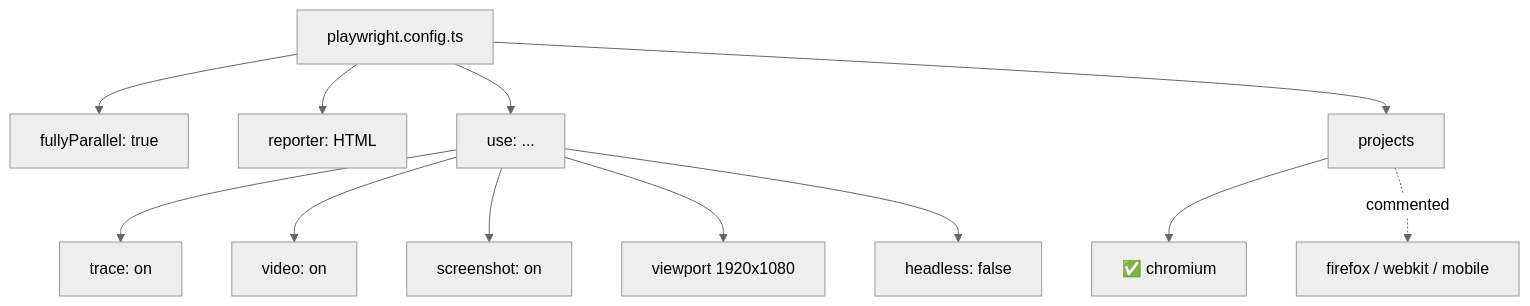
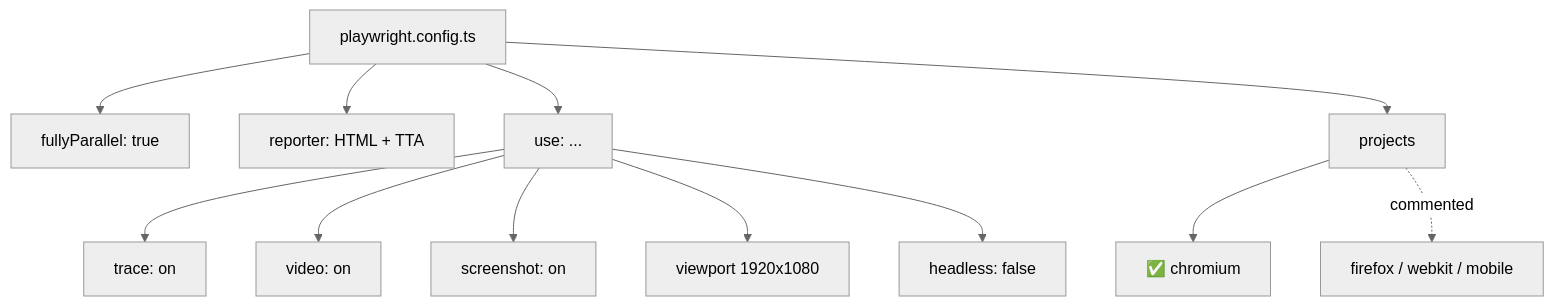
Before and after one commit to PramodDutta/LearningPlaywrightFundamentals: diagram 30 of 30 in README.md, drawn with Mermaid (neutral theme). The commit also changed other lines of this file and 8 other files, not shown here.

Commit message:
feat(ttacart): add env-driven e2e flow

````diff
--- a/README.md
+++ b/README.md
@@ -1519,14 +1567,14 @@
 ```mermaid
 flowchart TD
     A[playwright.config.ts] --> B[fullyParallel: true]
-    A --> C[reporter: HTML]
+    A --> C[reporter: HTML + TTA]
     A --> D[use: ...]
     D --> E[trace: on]
     D --> F[video: on]
     D --> G[screenshot: on]
     D --> H[viewport 1920x1080]
     D --> I[headless: false]
     A --> J[projects]
     J --> K[✅ chromium]
     J -.commented.-> L[firefox / webkit / mobile]
 ```
````
